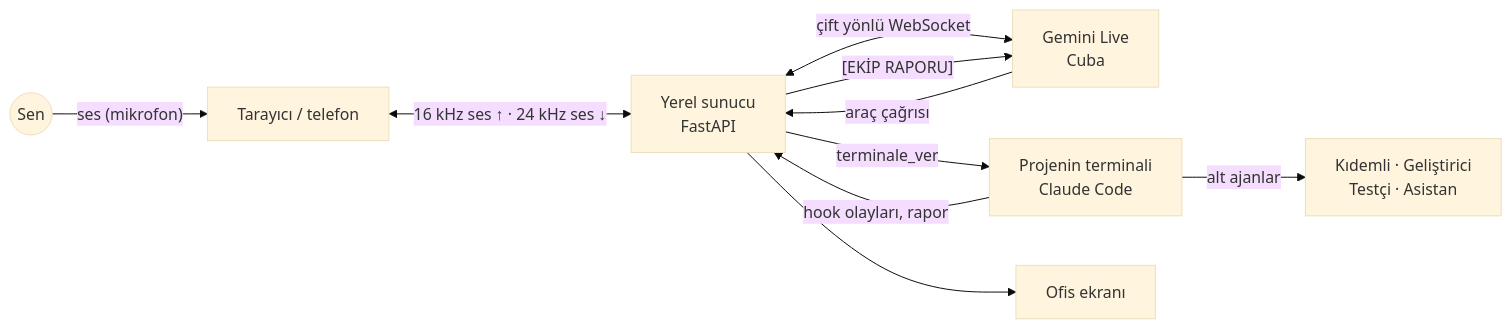
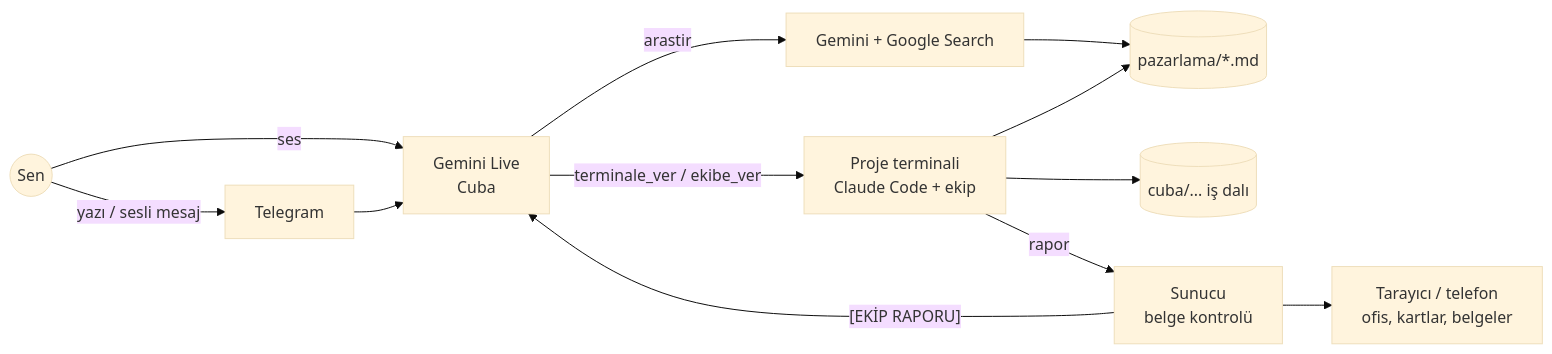
One commit to caganderindere/Asistan-m changed the diagram in README.md. Above: the diagram before and after it, drawn with Mermaid (base theme). The commit also changed other lines of this file and 23 other files, not shown here.

First line of the commit message:
feat: checked documents, Gemini research, job cards, Belgeler tab, new README and tour video

````diff
--- a/README.md
+++ b/README.md
@@ -33,12 +68,14 @@
 ```mermaid
 flowchart LR
-    Sen((Sen)) -- "ses (mikrofon)" --> Tarayici[Tarayıcı / telefon]
-    Tarayici <-- "16 kHz ses ↑ · 24 kHz ses ↓" --> Sunucu[Yerel sunucu<br/>FastAPI]
-    Sunucu <-- "çift yönlü WebSocket" --> Live[Gemini Live<br/>Cuba]
-    Live -- "araç çağrısı" --> Sunucu
-    Sunucu -- "terminale_ver" --> Terminal[Projenin terminali<br/>Claude Code]
-    Terminal -- "alt ajanlar" --> Ekip[Kıdemli · Geliştirici<br/>Testçi · Asistan]
-    Terminal -- "hook olayları, rapor" --> Sunucu
-    Sunucu -- "[EKİP RAPORU]" --> Live
-    Sunucu --> Ofis[Ofis ekranı]
+    Sen((Sen)) -- ses --> Live[Gemini Live<br/>Cuba]
+    Sen -- yazı / sesli mesaj --> TG[Telegram]
+    TG --> Live
+    Live -- terminale_ver / ekibe_ver --> T1[Proje terminali<br/>Claude Code + ekip]
+    Live -- arastir --> G[Gemini + Google Search]
+    G --> D[(pazarlama/*.md)]
+    T1 --> D
+    T1 --> W[(cuba/... iş dalı)]
+    T1 -- rapor --> S[Sunucu<br/>belge kontrolü]
+    S -- "[EKİP RAPORU]" --> Live
+    S --> UI[Tarayıcı / telefon<br/>ofis, kartlar, belgeler]
 ```
````
